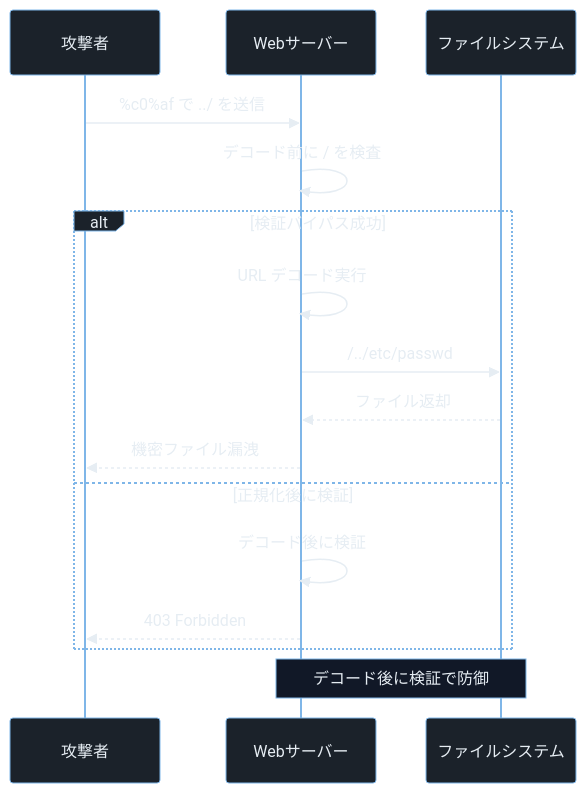
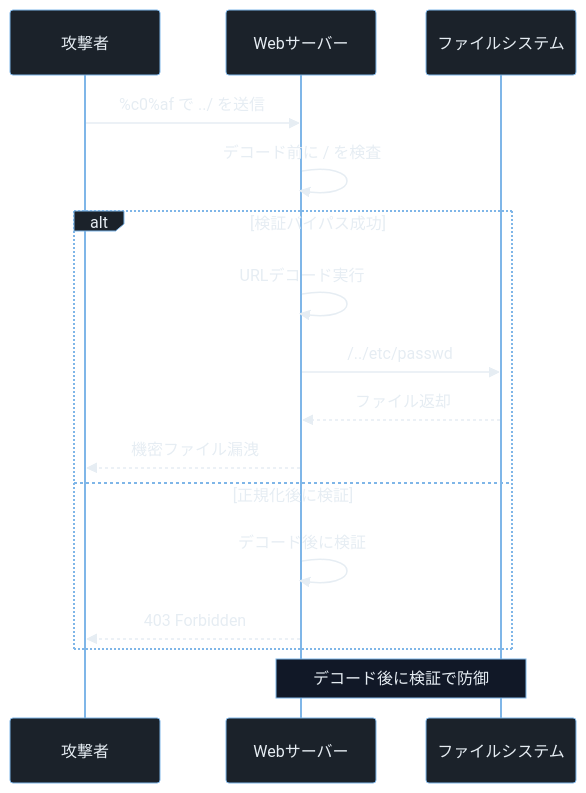
The fourth of 4 diagrams in articles/character-encoding/index.md (Omni-lab26/recon0x-content), drawn with Mermaid before and after one commit. The commit also changed other lines of this file, not shown here.

````diff
--- a/articles/character-encoding/index.md
+++ b/articles/character-encoding/index.md
@@ -134,20 +163,20 @@
 ```mermaid
 %%{init: {"theme":"base","themeVariables":{"background":"#0b1117","primaryColor":"#1b222a","primaryBorderColor":"#7fb6e8","primaryTextColor":"#e6edf3","lineColor":"#9db6c9","actorBkg":"#1b222a","actorBorder":"#7fb6e8","actorTextColor":"#e6edf3","activationBkgColor":"#1b222a","activationBorderColor":"#7fb6e8","sequenceNumberColor":"#e6edf3","noteBkgColor":"#111827","noteTextColor":"#e6edf3","noteBorderColor":"#7fb6e8"}}}%%
 sequenceDiagram
     participant A as 攻撃者
     participant S as Webサーバー
     participant F as ファイルシステム
 
     A->>S: %c0%af で ../ を送信
     S->>S: デコード前に / を検査
     alt 検証バイパス成功
-        S->>S: URL デコード実行
+        S->>S: URLデコード実行
         S->>F: /../etc/passwd
         F-->>S: ファイル返却
         S-->>A: 機密ファイル漏洩
     else 正規化後に検証
         S->>S: デコード後に検証
         S-->>A: 403 Forbidden
     end
     Note over S,F: デコード後に検証で防御
 ```
````
